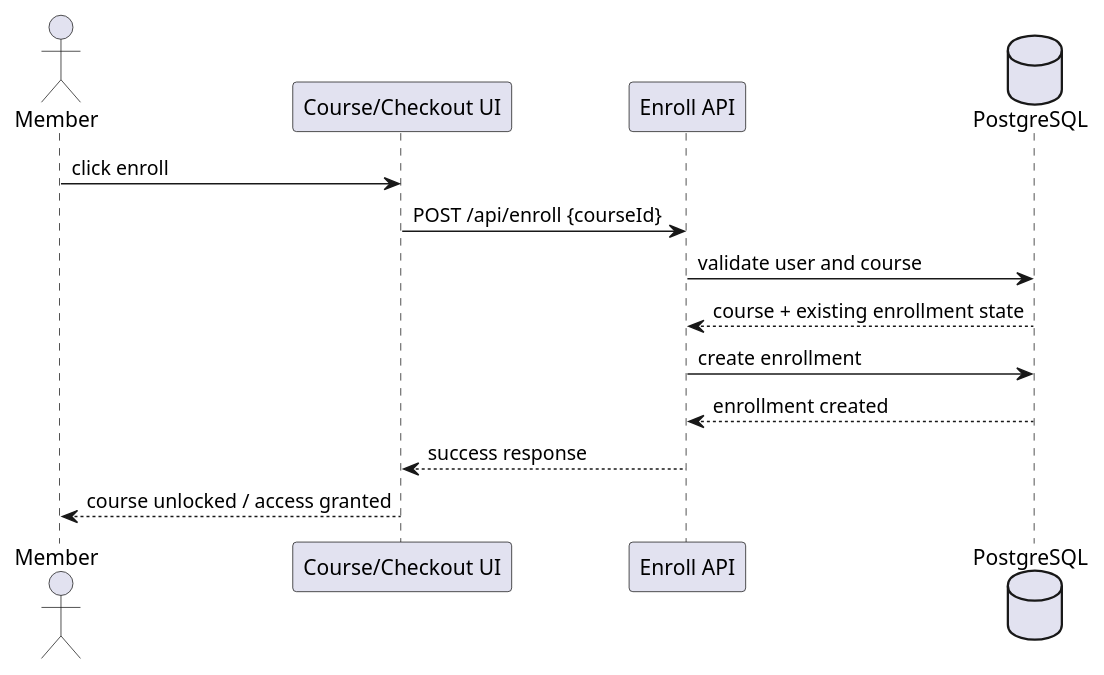
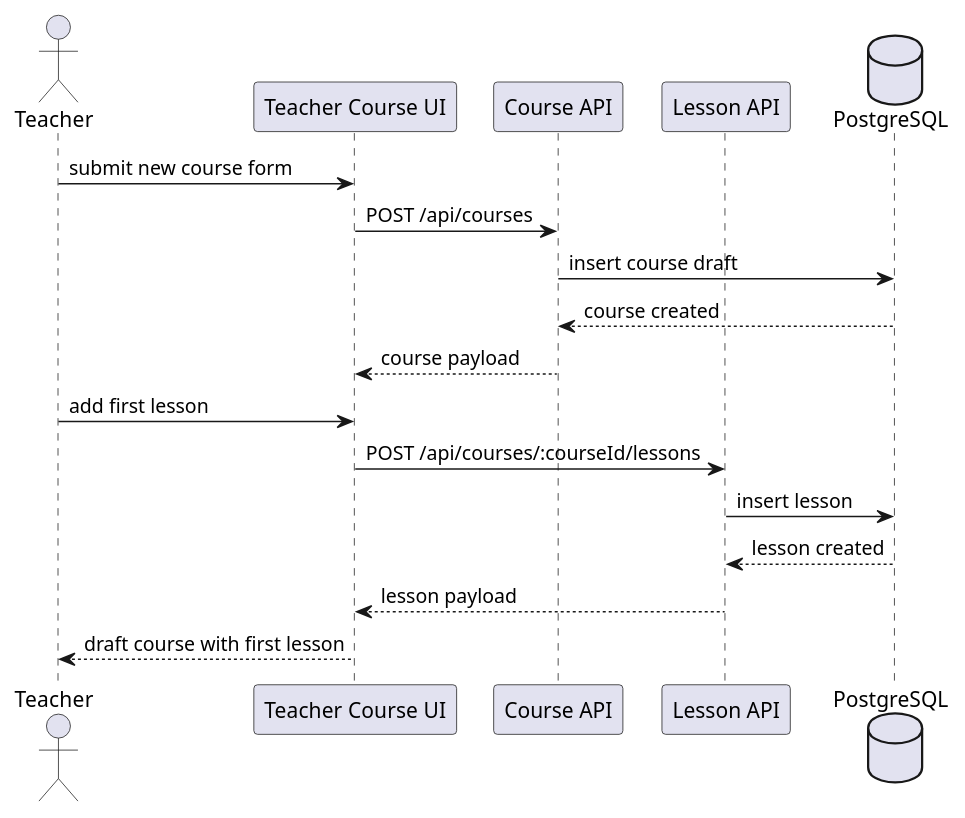
One commit to mohammedJaffal/skool changed the fifth of 10 diagrams in docs/SOFTWARE_CONCEPTION.md. Above: the diagram before and after it, drawn with PlantUML. The commit also changed other lines of this file and 2 other files, not shown here.

Commit message:
Align software conception with UML reference PDF

````diff
--- a/docs/SOFTWARE_CONCEPTION.md
+++ b/docs/SOFTWARE_CONCEPTION.md
@@ -753,17 +949,21 @@
 ```plantuml
 @startuml
-actor Member
-participant "Course/Checkout UI" as UI
-participant "Enroll API" as API
+actor Teacher
+participant "Teacher Course UI" as UI
+participant "Course API" as CourseAPI
+participant "Lesson API" as LessonAPI
 database "PostgreSQL" as DB
 
-Member -> UI : click enroll
-UI -> API : POST /api/enroll {courseId}
-API -> DB : validate user and course
-DB --> API : course + existing enrollment state
-API -> DB : create enrollment
-DB --> API : enrollment created
-API --> UI : success response
-UI --> Member : course unlocked / access granted
+Teacher -> UI : submit new course form
+UI -> CourseAPI : POST /api/courses
+CourseAPI -> DB : insert course draft
+DB --> CourseAPI : course created
+CourseAPI --> UI : course payload
+Teacher -> UI : add first lesson
+UI -> LessonAPI : POST /api/courses/:courseId/lessons
+LessonAPI -> DB : insert lesson
+DB --> LessonAPI : lesson created
+LessonAPI --> UI : lesson payload
+UI --> Teacher : draft course with first lesson
 @enduml
 ```
````
